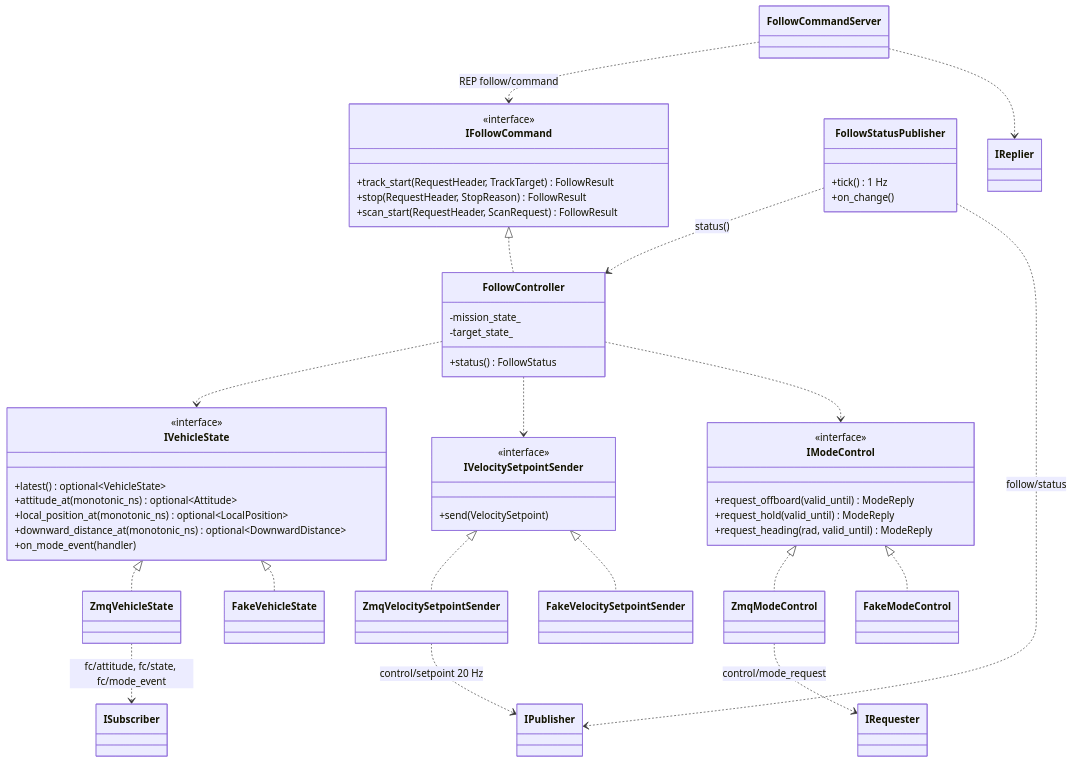
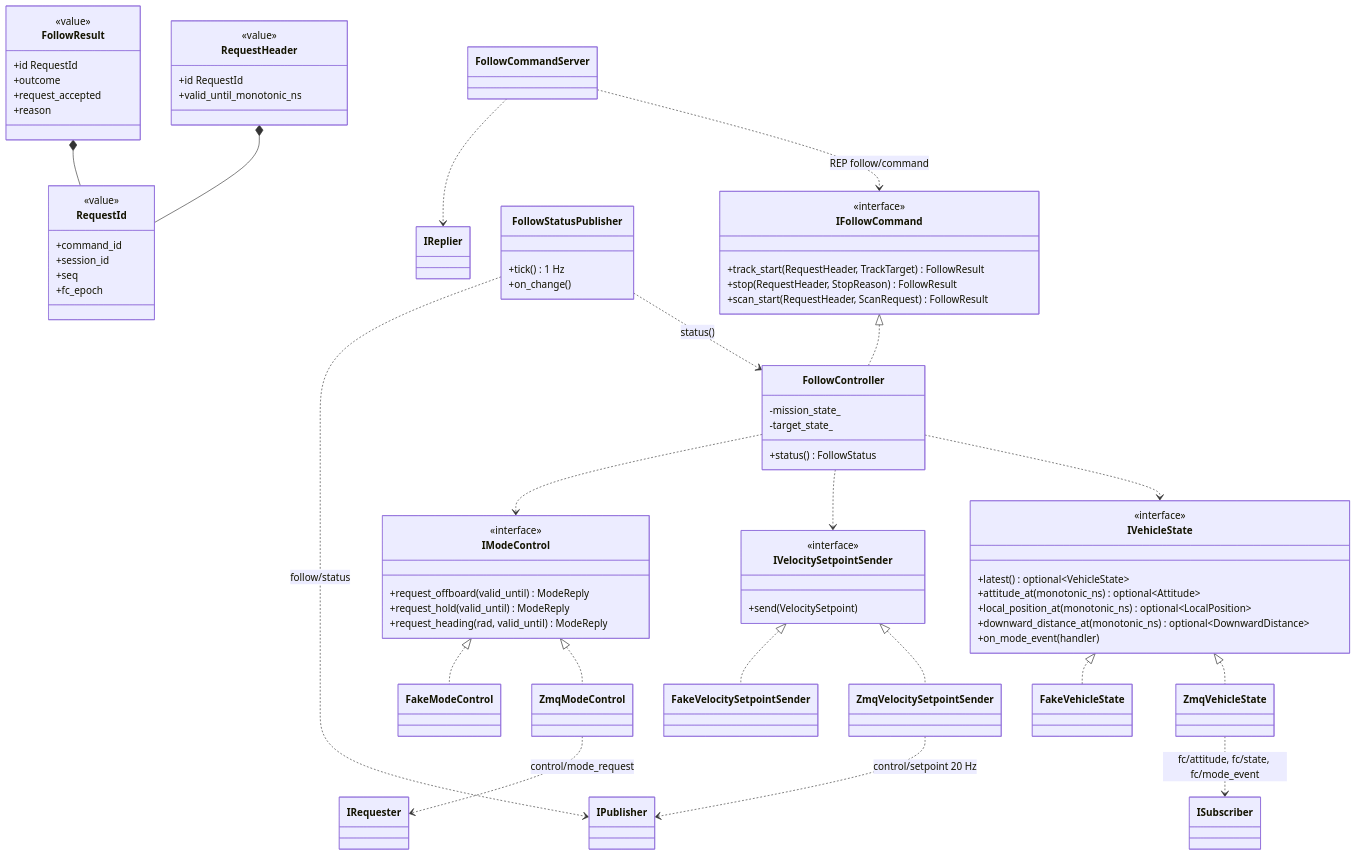
Before and after one commit to lig-argus/argus-edge-vision: the diagram in docs/design/uml/class_follow.md, drawn with Mermaid. The commit also changed other lines of this file and 3 other files, not shown here.

````diff
--- a/docs/design/uml/class_follow.md
+++ b/docs/design/uml/class_follow.md
@@ -9,61 +9,82 @@
 ```mermaid
 classDiagram
     class IVehicleState {
         <<interface>>
         +latest() optional~VehicleState~
         +attitude_at(monotonic_ns) optional~Attitude~
         +local_position_at(monotonic_ns) optional~LocalPosition~
         +downward_distance_at(monotonic_ns) optional~DownwardDistance~
         +on_mode_event(handler)
     }
     class IVelocitySetpointSender {
         <<interface>>
         +send(VelocitySetpoint)
     }
     class IModeControl {
         <<interface>>
         +request_offboard(valid_until) ModeReply
         +request_hold(valid_until) ModeReply
         +request_heading(rad, valid_until) ModeReply
     }
     class IFollowCommand {
         <<interface>>
         +track_start(RequestHeader, TrackTarget) FollowResult
         +stop(RequestHeader, StopReason) FollowResult
         +scan_start(RequestHeader, ScanRequest) FollowResult
     }
+    class RequestId {
+        <<value>>
+        +command_id
+        +session_id
+        +seq
+        +fc_epoch
+    }
+    class RequestHeader {
+        <<value>>
+        +id RequestId
+        +valid_until_monotonic_ns
+    }
+    class FollowResult {
+        <<value>>
+        +id RequestId
+        +outcome
+        +request_accepted
+        +reason
+    }
+    RequestHeader *-- RequestId
+    FollowResult *-- RequestId
     class FollowController {
         -mission_state_
         -target_state_
         +status() FollowStatus
     }
     class ZmqVehicleState
     class ZmqVelocitySetpointSender
     class ZmqModeControl
     class FollowCommandServer
     class FollowStatusPublisher {
         +tick() 1 Hz
         +on_change()
     }
     class FakeVehicleState
     class FakeVelocitySetpointSender
     class FakeModeControl
 
     IVehicleState <|.. ZmqVehicleState
     IVehicleState <|.. FakeVehicleState
     IVelocitySetpointSender <|.. ZmqVelocitySetpointSender
     IVelocitySetpointSender <|.. FakeVelocitySetpointSender
     IModeControl <|.. ZmqModeControl
     IModeControl <|.. FakeModeControl
     IFollowCommand <|.. FollowController
     FollowController ..> IVehicleState
     FollowController ..> IVelocitySetpointSender
     FollowController ..> IModeControl
     FollowCommandServer ..> IFollowCommand : REP follow/command
     FollowStatusPublisher ..> FollowController : status()
     ZmqVehicleState ..> ISubscriber : fc/attitude, fc/state, fc/mode_event
     ZmqVelocitySetpointSender ..> IPublisher : control/setpoint 20 Hz
     ZmqModeControl ..> IRequester : control/mode_request
     FollowCommandServer ..> IReplier
     FollowStatusPublisher ..> IPublisher : follow/status
 ```
````
